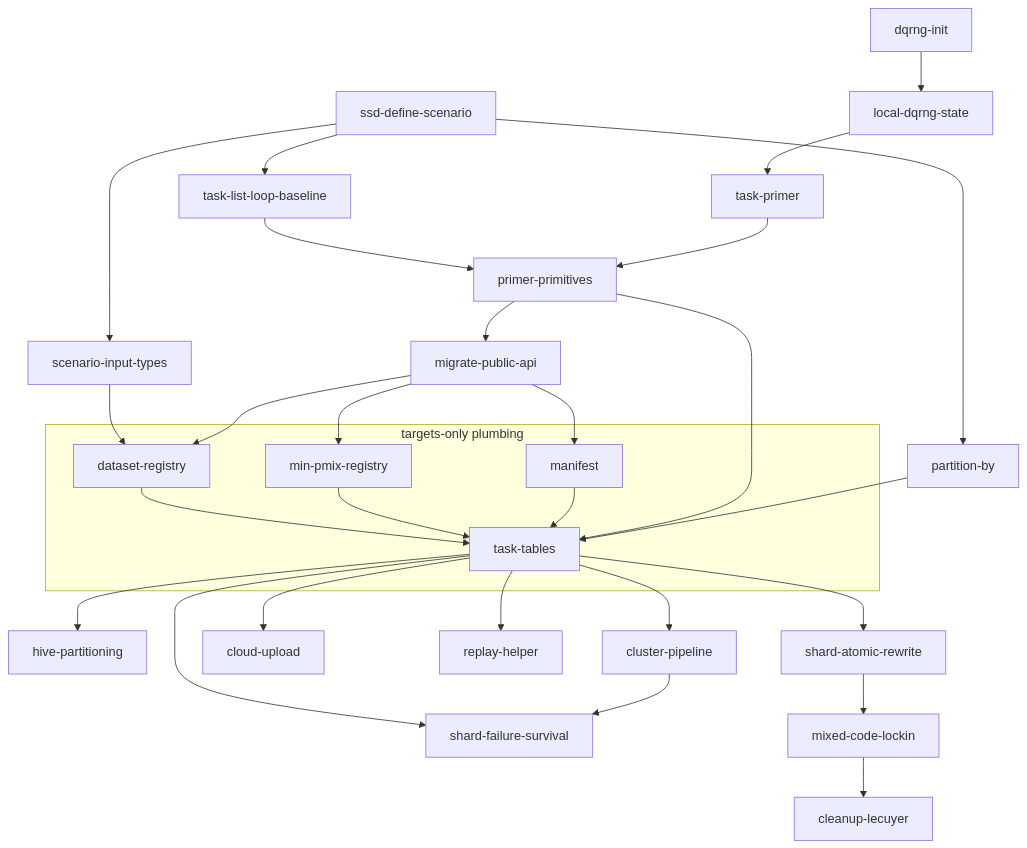
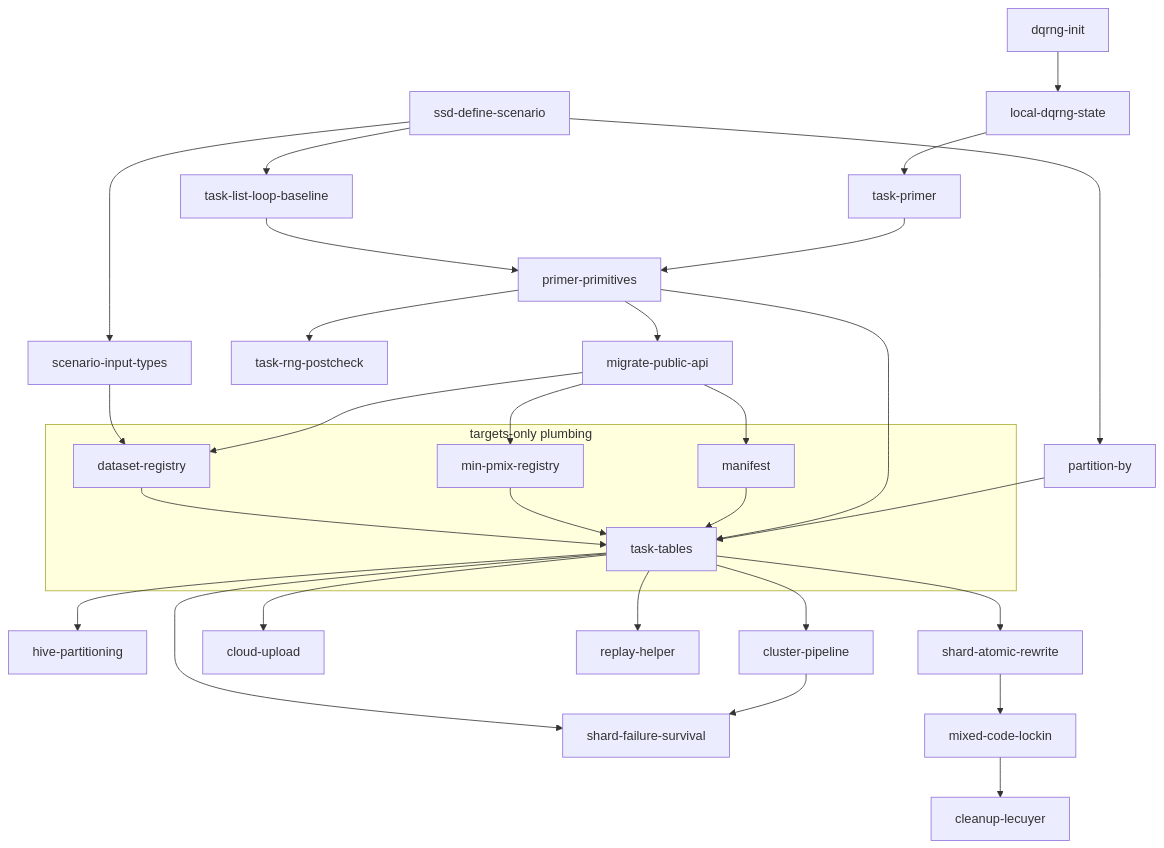
Before and after one commit to poissonconsulting/ssdsims: the diagram in TARGETS-DESIGN.md, drawn with Mermaid. The commit also changed other lines of this file and 13 other files, not shown here.

First line of the commit message:
Capture task-rng-postcheck OpenSpec change + fold into roadmap

````diff
--- a/TARGETS-DESIGN.md
+++ b/TARGETS-DESIGN.md
@@ -1820,59 +1837,61 @@
 ```mermaid
 flowchart TD
     define[ssd-define-scenario]
     inputs[scenario-input-types]
     baseline[task-list-loop-baseline]
     dqinit[dqrng-init]
     dqstate[local-dqrng-state]
     primer[task-primer]
     prims[primer-primitives]
+    postcheck[task-rng-postcheck]
     migrate[migrate-public-api]
     partby[partition-by]
 
     subgraph targets [targets-only plumbing]
         dsreg[dataset-registry]
         pmreg[min-pmix-registry]
         manif[manifest]
         tt[task-tables]
         dsreg --> tt
         pmreg --> tt
         manif --> tt
     end
 
     hive[hive-partitioning]
     cluster[cluster-pipeline]
     survive[shard-failure-survival]
     cloud[cloud-upload]
     replay[replay-helper]
     rewrite[shard-atomic-rewrite]
     lockin[mixed-code-lockin]
     cleanup[cleanup-lecuyer]
 
     define --> baseline
     define --> partby
     define --> inputs
     inputs --> dsreg
     dqinit --> dqstate
     dqstate --> primer
     baseline --> prims
     primer --> prims
 
     prims --> migrate
+    prims --> postcheck
     prims --> tt
 
     migrate --> dsreg
     migrate --> pmreg
     migrate --> manif
     partby --> tt
 
     tt --> hive
     tt --> cluster
     tt --> survive
     tt --> cloud
     tt --> replay
     tt --> rewrite
 
     cluster --> survive
     rewrite --> lockin
     lockin --> cleanup
 ```
````
